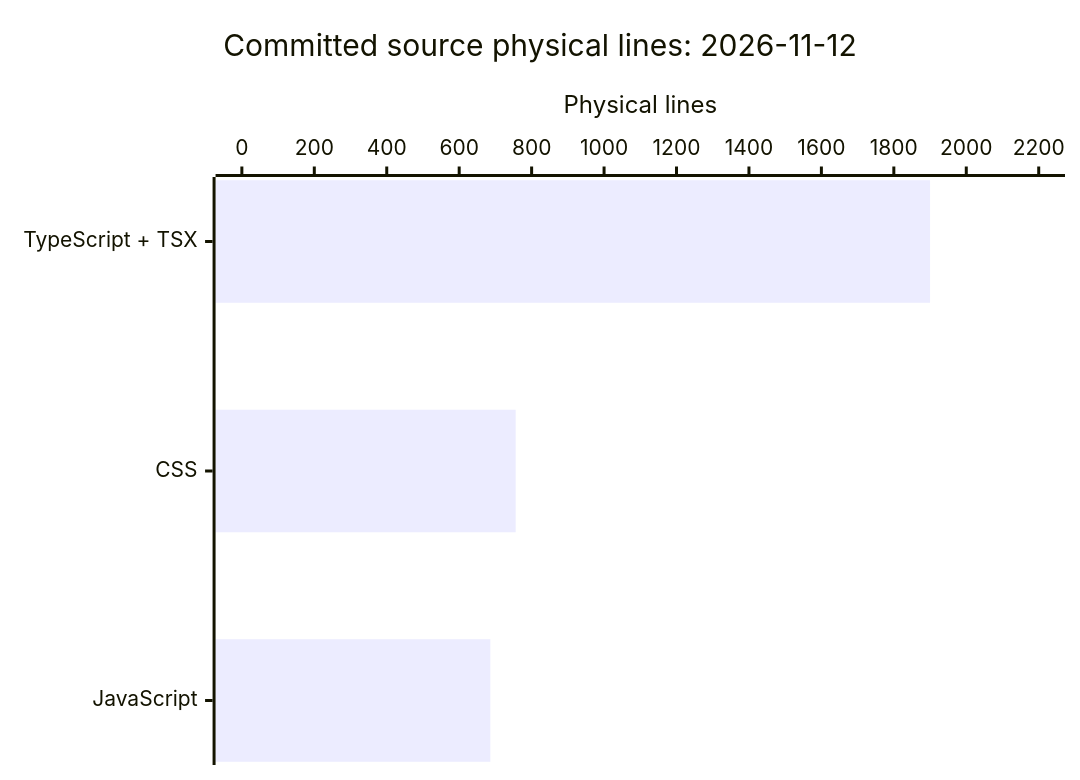
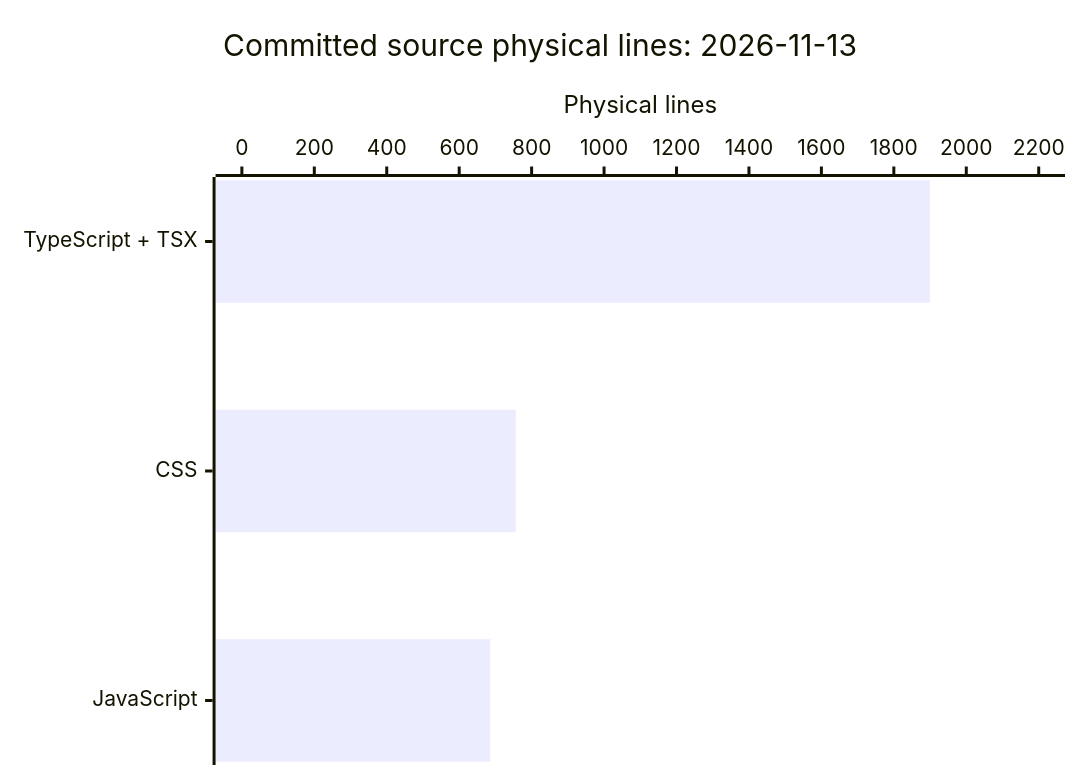
Before and after one commit to FactoryDemo/demo-storefront-practice: the diagram in droid-wiki/by-the-numbers.md, drawn with Mermaid. The commit also changed other lines of this file and 4 other files, not shown here.

````diff
--- a/droid-wiki/by-the-numbers.md
+++ b/droid-wiki/by-the-numbers.md
@@ -28,7 +28,7 @@
 ```mermaid
 xychart-beta horizontal
-  title "Committed source physical lines: 2026-11-12"
+  title "Committed source physical lines: 2026-11-13"
   x-axis ["TypeScript + TSX", "CSS", "JavaScript"]
   y-axis "Physical lines" 0 --> 2200
   bar [1900, 756, 686]
 ```
````
